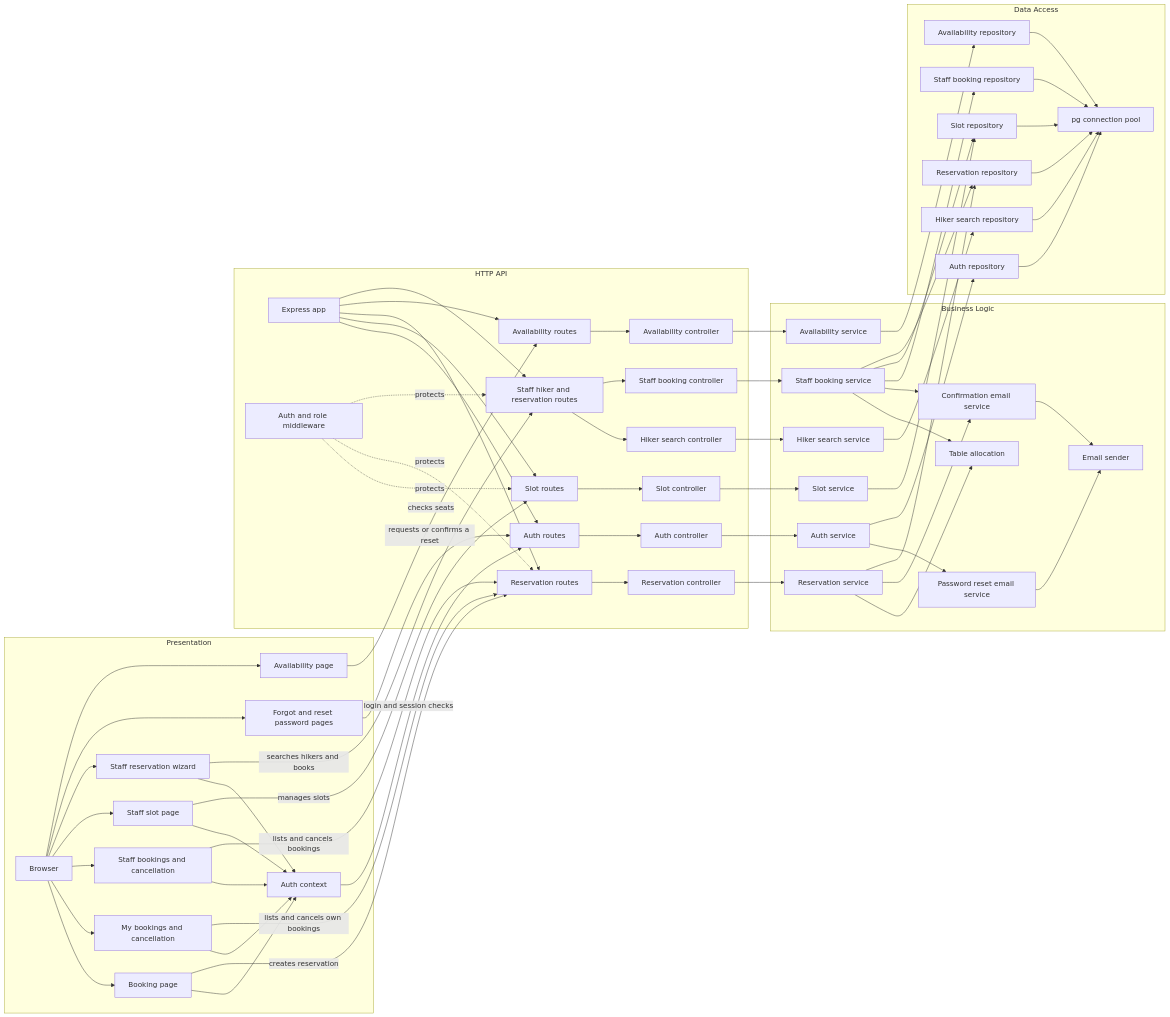
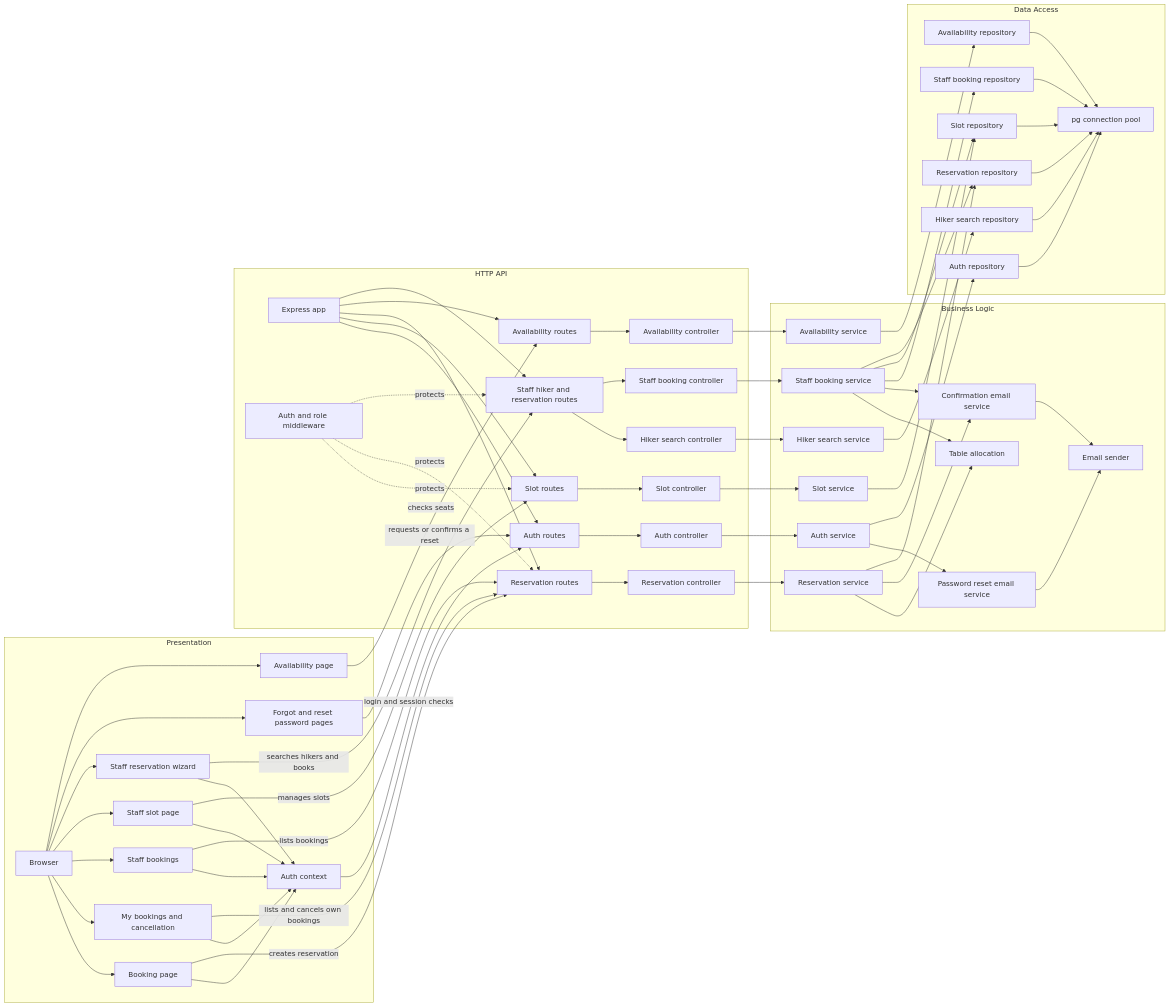
The second of 2 diagrams in documentation/architecture-diagram.md (TEAM-09-SE2/SE2-MountainHut-Team09), drawn with Mermaid before and after one commit. The commit also changed 10 other files, not shown here.

```diff
--- a/documentation/architecture-diagram.md
+++ b/documentation/architecture-diagram.md
@@ -74,7 +74,7 @@
         cBrowser["Browser"]
         cBooking["Booking page"]
         cMyBookings["My bookings and cancellation"]
-        cStaffBookings["Staff bookings and cancellation"]
+        cStaffBookings["Staff bookings"]
         cStaff["Staff slot page"]
         cStaffReserve["Staff reservation wizard"]
         cRecovery["Forgot and reset password pages"]
@@ -159,7 +159,7 @@
     cAuthContext -->|"login and session checks"| cAuthRoutes
     cBooking -->|"creates reservation"| cReservationRoutes
     cMyBookings -->|"lists and cancels own bookings"| cReservationRoutes
-    cStaffBookings -->|"lists and cancels bookings"| cReservationRoutes
+    cStaffBookings -->|"lists bookings"| cReservationRoutes
     cStaff -->|"manages slots"| cSlotRoutes
     cAvailability -->|"checks seats"| cAvailabilityRoutes
     cStaffReserve -->|"searches hikers and books"| cStaffRoutes
```
